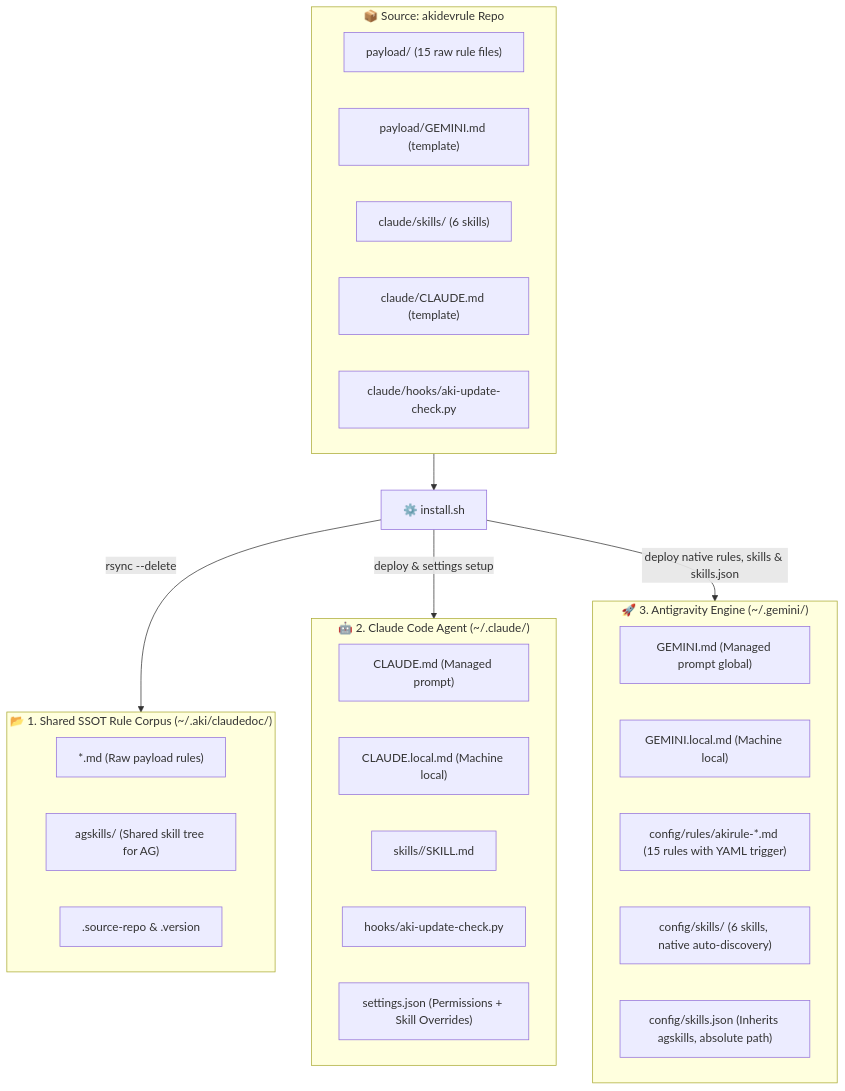
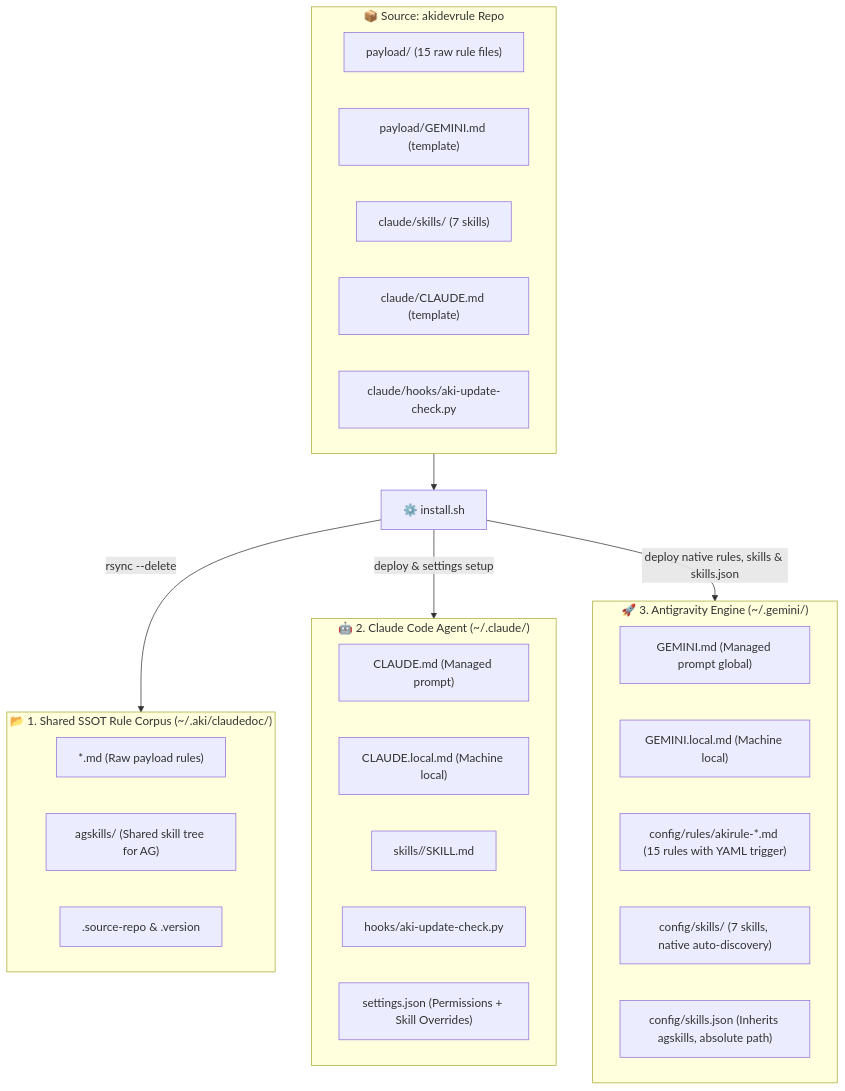
The diagram in README.md (QuachGia1994/akidevrule), drawn with Mermaid before and after one commit. The commit also changed other lines of this file and 4 other files, not shown here.

First line of the commit message:
feat(skills): add aki-article-writer skill; fix Claude Code install dropping references/

````diff
--- a/README.md
+++ b/README.md
@@ -99,42 +102,42 @@
 ```mermaid
 flowchart TD
     subgraph SRC["📦 Source: akidevrule Repo"]
         PAYLOAD["payload/ (15 raw rule files)"]
         PGEMINI["payload/GEMINI.md (template)"]
-        CSKILLS["claude/skills/ (6 skills)"]
+        CSKILLS["claude/skills/ (7 skills)"]
         CCLAUDE["claude/CLAUDE.md (template)"]
         CHOOKS["claude/hooks/aki-update-check.py"]
     end
 
     INSTALL["⚙️ install.sh"]
     SRC --> INSTALL
 
     %% TARGET 1: ~/.aki/claudedoc/
     subgraph T1["📂 1. Shared SSOT Rule Corpus (~/.aki/claudedoc/)"]
         R_CORPUS["*.md (Raw payload rules)"]
         R_AGSKILLS["agskills/ (Shared skill tree for AG)"]
         R_META[".source-repo & .version"]
     end
 
     %% TARGET 2: ~/.claude/
     subgraph T2["🤖 2. Claude Code Agent (~/.claude/)"]
         C_MD["CLAUDE.md (Managed prompt)"]
         C_LOCAL["CLAUDE.local.md (Machine local)"]
         C_SKILLS["skills/<skill_name>/SKILL.md"]
         C_HOOKS["hooks/aki-update-check.py"]
         C_SET["settings.json (Permissions + Skill Overrides)"]
     end
 
     %% TARGET 3: ~/.gemini/
     subgraph T3["🚀 3. Antigravity Engine (~/.gemini/)"]
         G_MD["GEMINI.md (Managed prompt global)"]
         G_LOCAL["GEMINI.local.md (Machine local)"]
         G_RULES["config/rules/akirule-*.md (15 rules with YAML trigger)"]
-        G_SKILLS["config/skills/ (6 skills, native auto-discovery)"]
+        G_SKILLS["config/skills/ (7 skills, native auto-discovery)"]
         G_SJSON["config/skills.json (Inherits agskills, absolute path)"]
     end
 
     INSTALL -->|"rsync --delete"| T1
     INSTALL -->|"deploy & settings setup"| T2
     INSTALL -->|"deploy native rules, skills & skills.json"| T3
 ```
````
